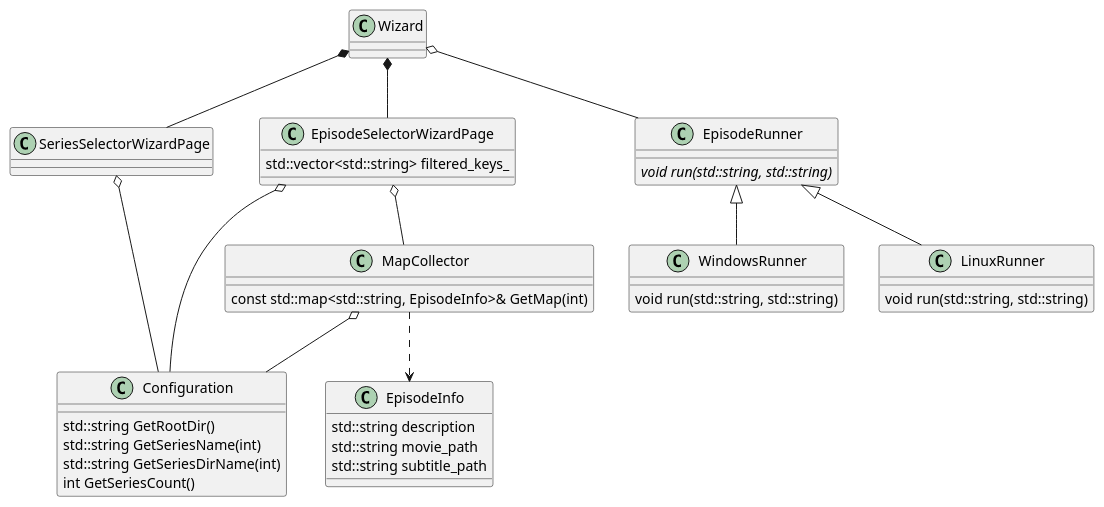
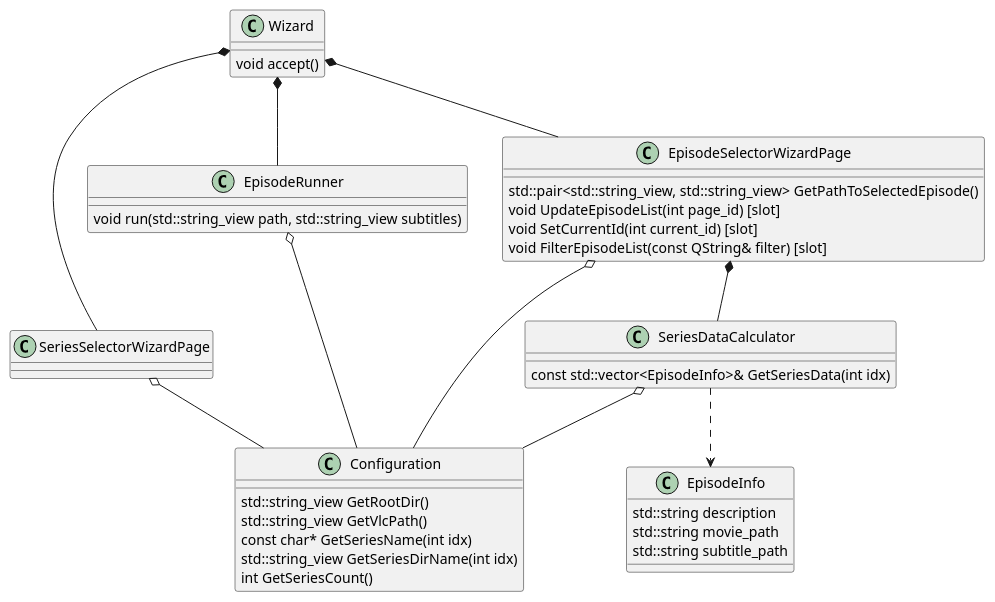
Before and after one commit to nyt44/movie_selector: the diagram in movie_selector.puml, drawn with PlantUML. The commit also changed 1 other file, not shown here.

Commit message:
Diagram update and removing comment in pro file

```diff
--- a/movie_selector.puml
+++ b/movie_selector.puml
@@ -1,47 +1,45 @@
 @startuml
 
 SeriesSelectorWizardPage o-- Configuration
 Wizard *-- SeriesSelectorWizardPage
 Wizard *-- EpisodeSelectorWizardPage
-EpisodeSelectorWizardPage o-- MapCollector
+EpisodeSelectorWizardPage *-- SeriesDataCalculator
 EpisodeSelectorWizardPage o-- Configuration
-MapCollector o-- Configuration
-Wizard o-- EpisodeRunner
-EpisodeRunner <|-- WindowsRunner
-EpisodeRunner <|-- LinuxRunner
-MapCollector ..> EpisodeInfo
+SeriesDataCalculator o-- Configuration
+Wizard *-- EpisodeRunner
+SeriesDataCalculator ..> EpisodeInfo
+EpisodeRunner o-- Configuration
 
+class Wizard {
+  void accept()
+}
 class Configuration {
-  std::string GetRootDir()
-  std::string GetSeriesName(int)
-  std::string GetSeriesDirName(int)
+  std::string_view GetRootDir()
+  std::string_view GetVlcPath()
+  const char* GetSeriesName(int idx)
+  std::string_view GetSeriesDirName(int idx)
   int GetSeriesCount()
 }
 
-class MapCollector {
-   const std::map<std::string, EpisodeInfo>& GetMap(int)
+class SeriesDataCalculator {
+  const std::vector<EpisodeInfo>& GetSeriesData(int idx)
 }
 
 class EpisodeRunner {
-  {abstract} void run(std::string, std::string)
-}
-
-class WindowsRunner {
-  void run(std::string, std::string)
-}
-
-class LinuxRunner {
-  void run(std::string, std::string)
+  void run(std::string_view path, std::string_view subtitles)
 }
 
 class EpisodeInfo {
   std::string description
   std::string movie_path
   std::string subtitle_path
 }
 
 class EpisodeSelectorWizardPage {
-  std::vector<std::string> filtered_keys_
+  std::pair<std::string_view, std::string_view> GetPathToSelectedEpisode()
+  void UpdateEpisodeList(int page_id) [slot]
+  void SetCurrentId(int current_id) [slot]
+  void FilterEpisodeList(const QString& filter) [slot]
 }
 
 @enduml
```
